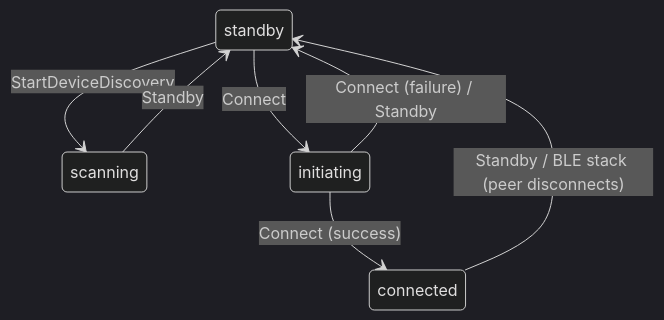
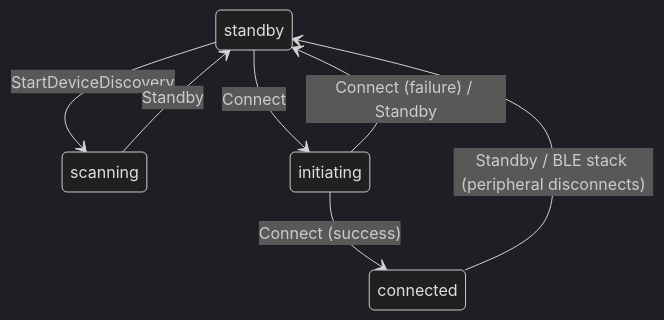
The diagram in documents/modules/ROOT/partials/echoservices/gap_central/GapCentral_state.mmd (philips-software/amp-embedded-infra-lib), drawn with Mermaid (dark theme) before and after one commit. The commit also changed 32 other files, not shown here.

Commit message:
apply feedback on gap uml diagrams

```diff
--- a/documents/modules/ROOT/partials/echoservices/gap_central/GapCentral_state.mmd
+++ b/documents/modules/ROOT/partials/echoservices/gap_central/GapCentral_state.mmd
@@ -1,7 +1,7 @@
 stateDiagram-v2
     standby --> scanning : StartDeviceDiscovery
     standby --> initiating : Connect
     initiating --> connected : Connect (success)
     initiating --> standby : Connect (failure) / Standby
     scanning --> standby : Standby
-    connected --> standby : Standby / BLE stack (peer disconnects)
+    connected --> standby : Standby / BLE stack (peripheral disconnects)
```
